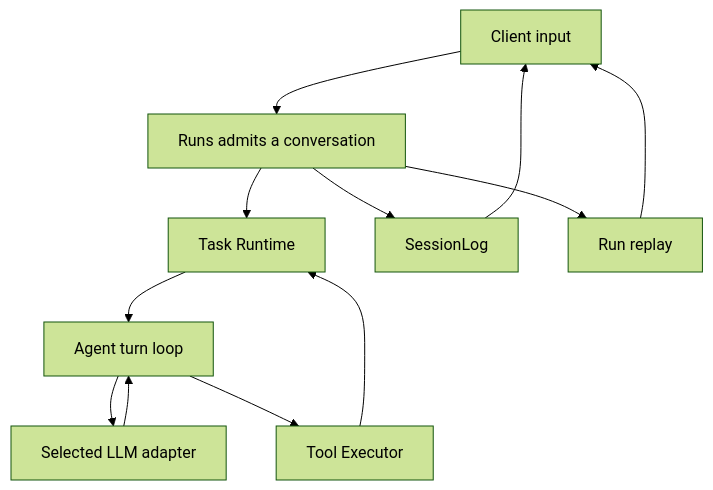
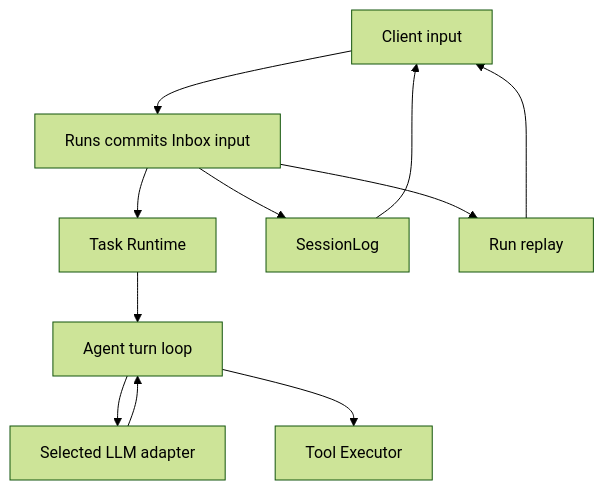
Before and after one commit to catyugu/mini-harness: the third of 3 diagrams in docs/architecture.md, drawn with Mermaid (forest theme). The commit also changed other lines of this file and 94 other files, not shown here.

````diff
--- a/docs/architecture.md
+++ b/docs/architecture.md
@@ -46,14 +44,13 @@
 ```mermaid
 flowchart TD
-  UI[Client input] --> Runs[Runs admits a conversation]
+  UI[Client input] --> Runs[Runs commits Inbox input]
   Runs --> Tasks[Task Runtime]
   Tasks --> Agent[Agent turn loop]
   Agent --> LLM[Selected LLM adapter]
   LLM --> Agent
   Agent --> Tools[Tool Executor]
-  Tools --> Tasks
   Runs --> Log[SessionLog]
   Runs --> Replay[Run replay]
   Log --> UI
   Replay --> UI
 ```
````
